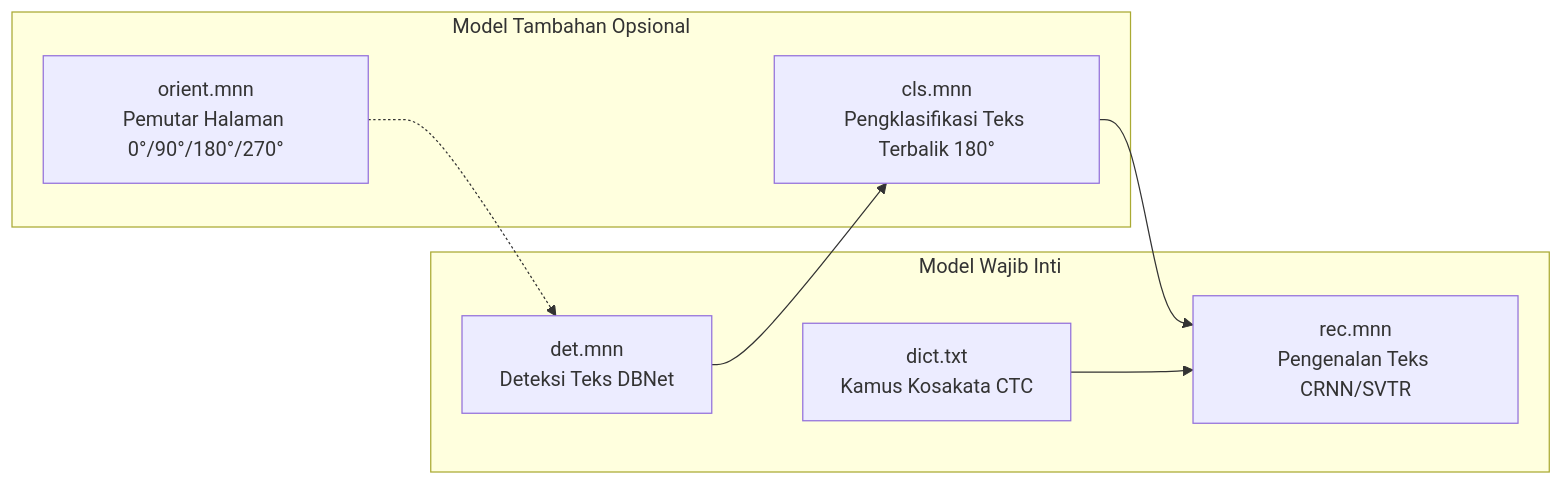
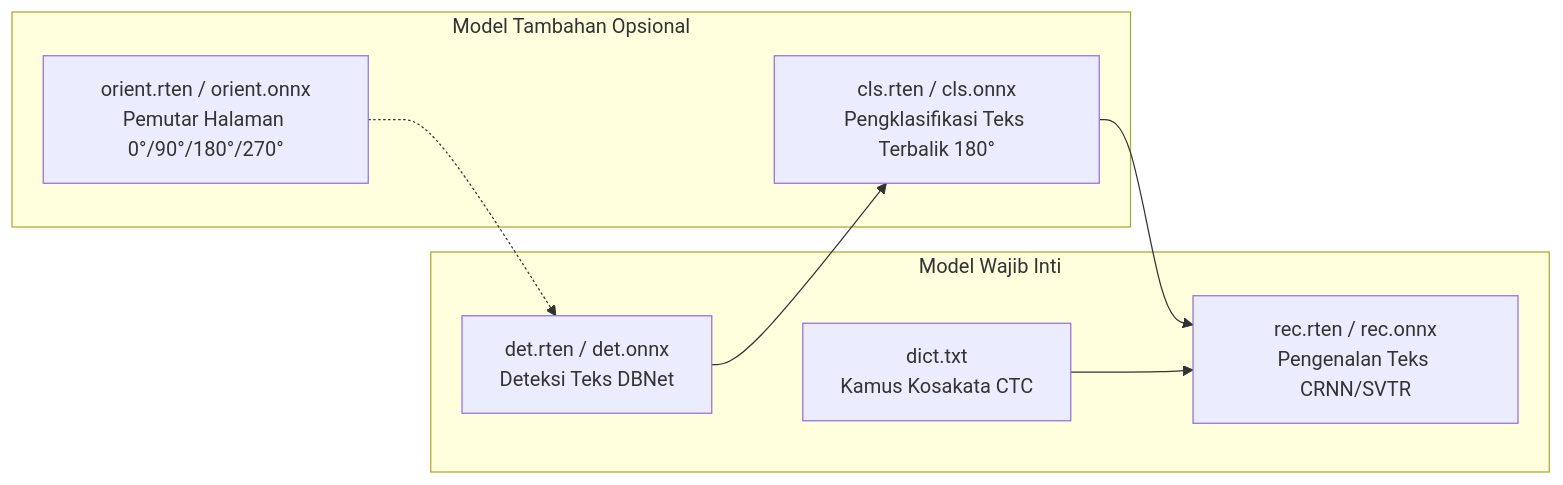
The diagram in docs/content/id/03.advance-guide/01.models-and-tiers.md (byrizki/rusto-rs), drawn with Mermaid before and after one commit. The commit also changed other lines of this file and 51 other files, not shown here.

````diff
--- a/docs/content/id/03.advance-guide/01.models-and-tiers.md
+++ b/docs/content/id/03.advance-guide/01.models-and-tiers.md
@@ -31,18 +31,18 @@
 ```mermaid
 flowchart LR
     subgraph ModelUtama ["Model Wajib Inti"]
-        DET["det.mnn<br/>Deteksi Teks DBNet"]
-        REC["rec.mnn<br/>Pengenalan Teks CRNN/SVTR"]
+        DET["det.rten / det.onnx<br/>Deteksi Teks DBNet"]
+        REC["rec.rten / rec.onnx<br/>Pengenalan Teks CRNN/SVTR"]
         DICT["dict.txt<br/>Kamus Kosakata CTC"]
     end
 
     subgraph ModelTambahan ["Model Tambahan Opsional"]
-        CLS["cls.mnn<br/>Pengklasifikasi Teks Terbalik 180&deg;"]
-        ORIENT["orient.mnn<br/>Pemutar Halaman 0&deg;/90&deg;/180&deg;/270&deg;"]
+        CLS["cls.rten / cls.onnx<br/>Pengklasifikasi Teks Terbalik 180&deg;"]
+        ORIENT["orient.rten / orient.onnx<br/>Pemutar Halaman 0&deg;/90&deg;/180&deg;/270&deg;"]
     end
 
     ORIENT -.-> DET
     DET --> CLS
     CLS --> REC
     DICT --> REC
 ```
````
